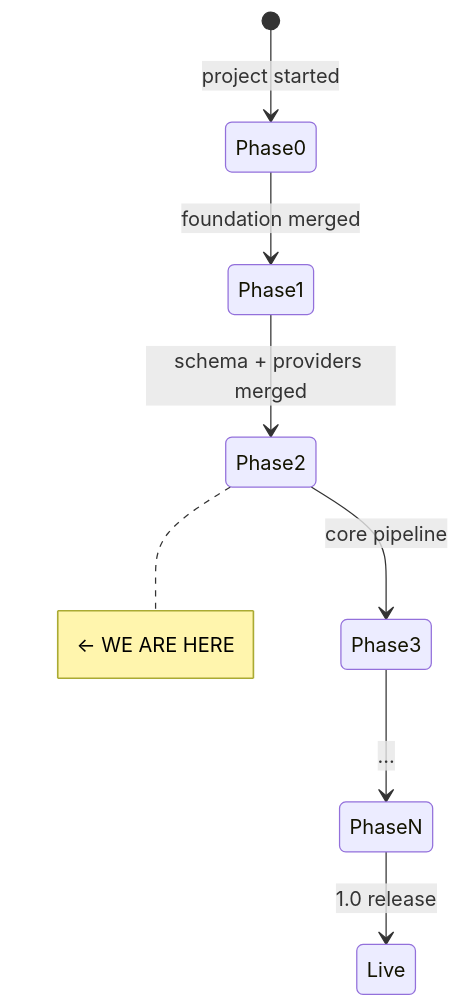
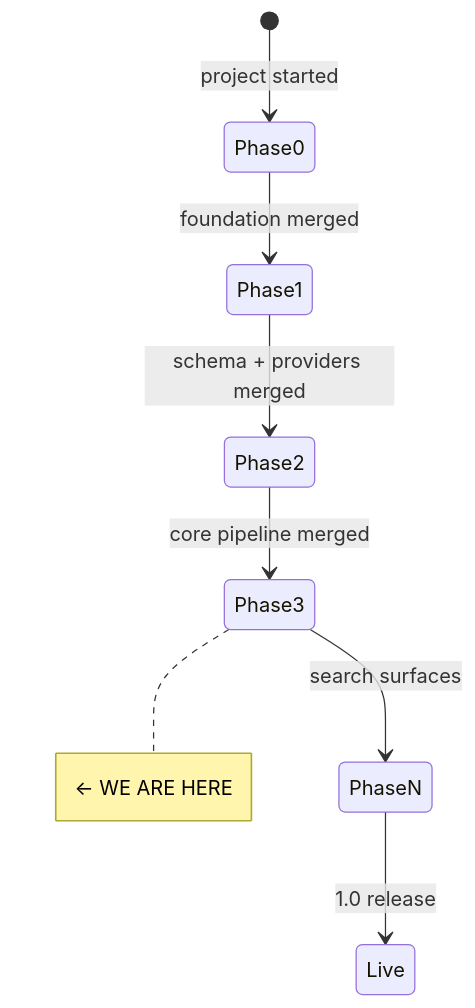
One commit to dataforaction-tom/open-recs-local changed the diagram in STATE.md. Above: the diagram before and after it, drawn with Mermaid. The commit also changed other lines of this file and 2 other files, not shown here.

First line of the commit message:
docs(plan): mark phase 2 done; add phase 3 plan

````diff
--- a/STATE.md
+++ b/STATE.md
@@ -7,11 +7,11 @@
 ```mermaid
 stateDiagram-v2
     [*] --> Phase0: project started
     Phase0 --> Phase1: foundation merged
     Phase1 --> Phase2: schema + providers merged
-    Phase2 --> Phase3: core pipeline
-    Phase3 --> PhaseN: ...
+    Phase2 --> Phase3: core pipeline merged
+    Phase3 --> PhaseN: search surfaces
     PhaseN --> Live: 1.0 release
 
-    note right of Phase2: ← WE ARE HERE
+    note right of Phase3: ← WE ARE HERE
 ```
````
